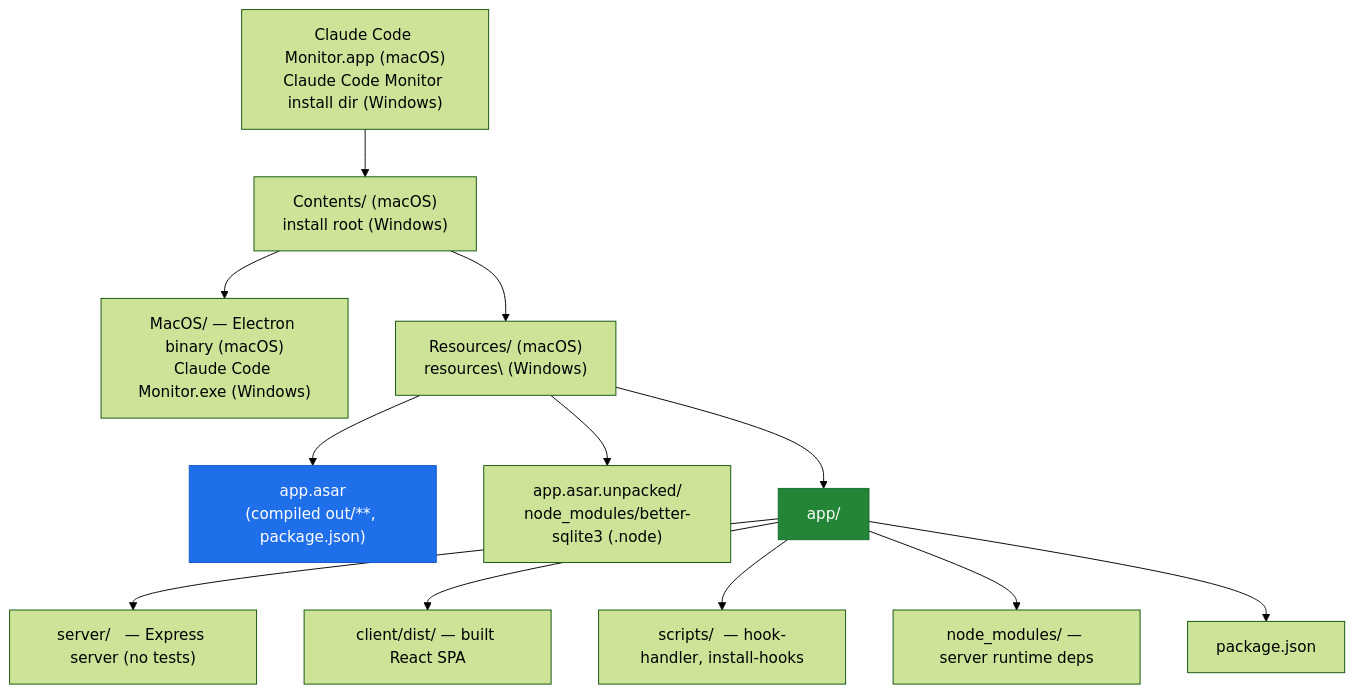
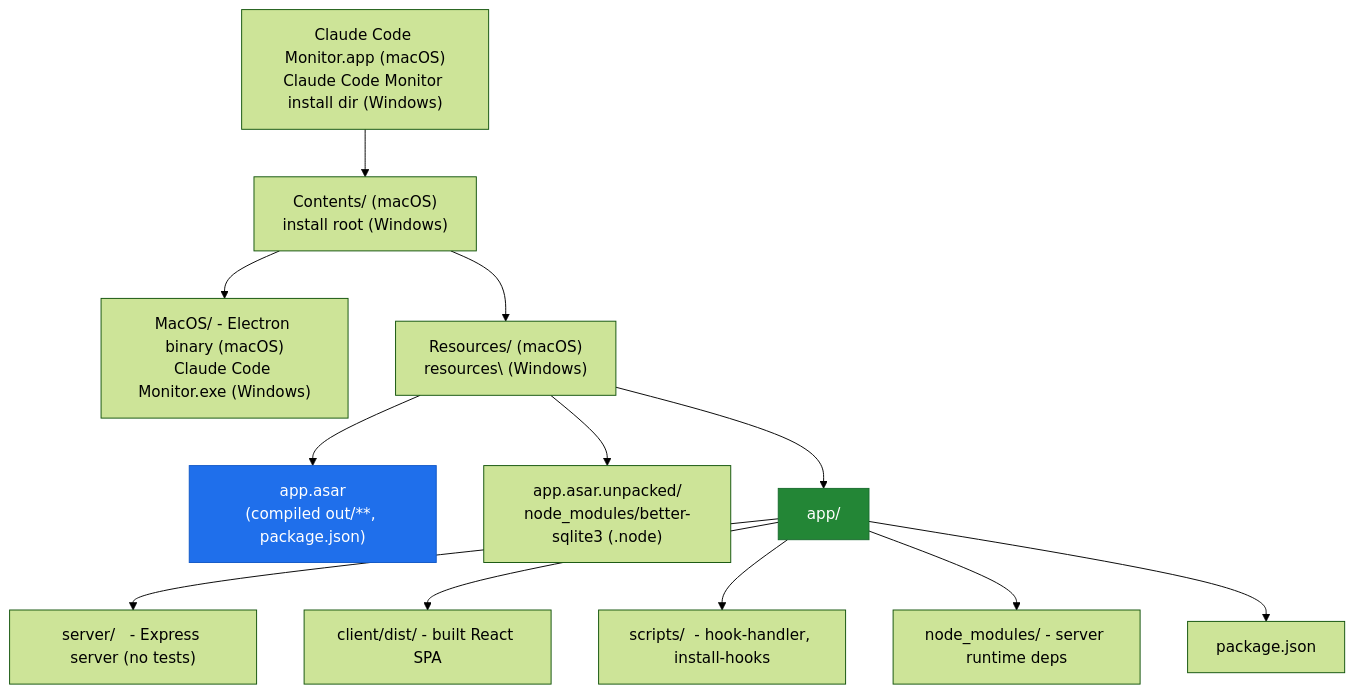
Diagram 40 of 48 in ARCHITECTURE.md (MrZarrar/Jarvis-Sub-Agent-Dashboard), drawn with Mermaid (forest theme) before and after one commit. The commit also changed other lines of this file and 382 other files, not shown here.

````diff
--- a/ARCHITECTURE.md
+++ b/ARCHITECTURE.md
@@ -2908,18 +2954,18 @@
 ```mermaid
 flowchart TD
     appbundle["Claude Code Monitor.app (macOS)<br/>Claude Code Monitor install dir (Windows)"]
     appbundle --> contents["Contents/ (macOS)<br/>install root (Windows)"]
-    contents --> macos["MacOS/ — Electron binary (macOS)<br/>Claude Code Monitor.exe (Windows)"]
+    contents --> macos["MacOS/ - Electron binary (macOS)<br/>Claude Code Monitor.exe (Windows)"]
     contents --> res["Resources/ (macOS)<br/>resources\ (Windows)"]
     res --> asar["app.asar<br/>(compiled out/**, package.json)"]
     res --> unpacked["app.asar.unpacked/<br/>node_modules/better-sqlite3 (.node)"]
     res --> appdir["app/"]
-    appdir --> a1["server/   — Express server (no tests)"]
-    appdir --> a2["client/dist/ — built React SPA"]
-    appdir --> a3["scripts/  — hook-handler, install-hooks"]
-    appdir --> a4["node_modules/ — server runtime deps"]
+    appdir --> a1["server/   - Express server (no tests)"]
+    appdir --> a2["client/dist/ - built React SPA"]
+    appdir --> a3["scripts/  - hook-handler, install-hooks"]
+    appdir --> a4["node_modules/ - server runtime deps"]
     appdir --> a5["package.json"]
 
     style asar fill:#1f6feb,stroke:#1158c7,color:#fff
     style appdir fill:#238636,stroke:#196c2e,color:#fff
 ```
````
